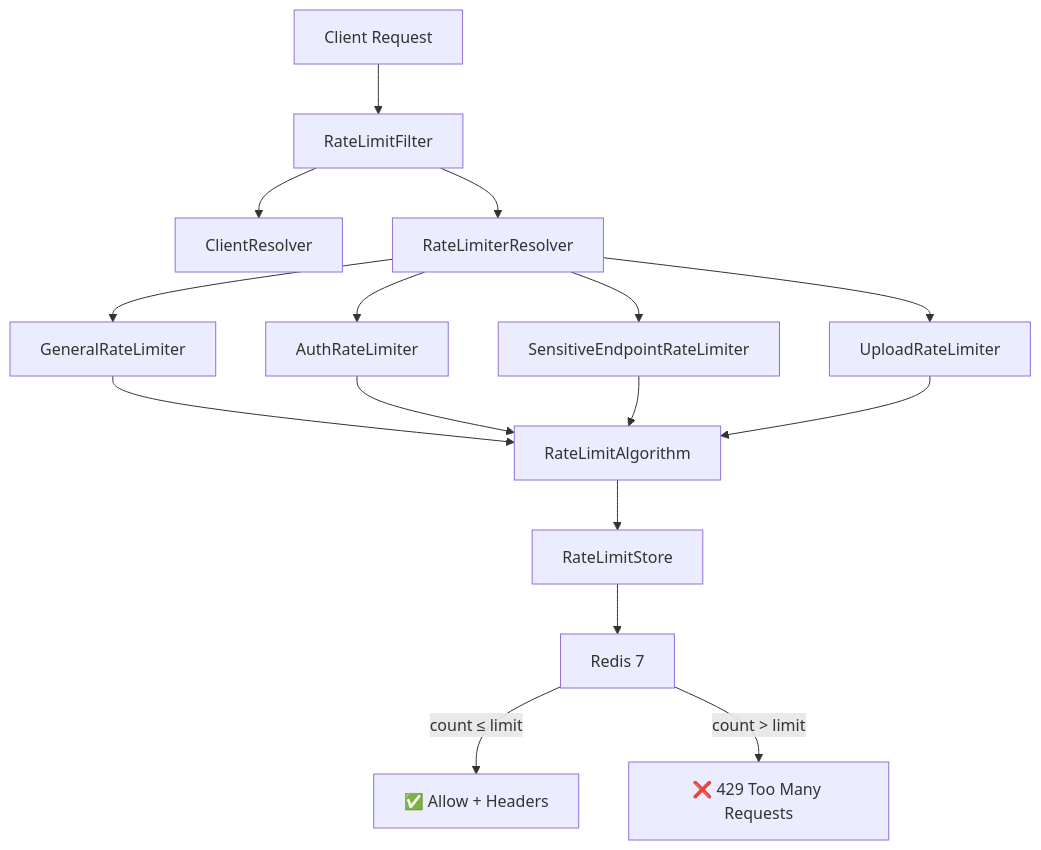
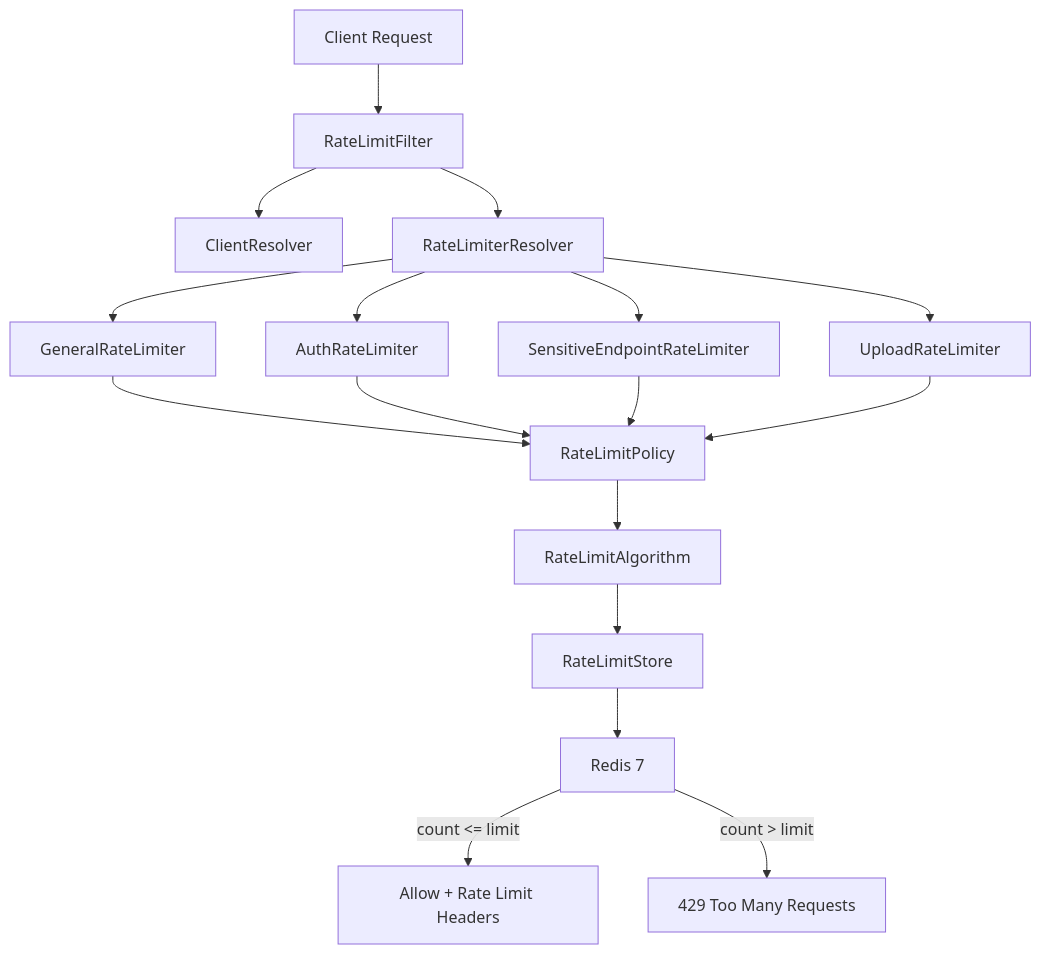
One commit to Atharvkote/spring-boot-rate-limiters changed the second of 2 diagrams in README.md. Above: the diagram before and after it, drawn with Mermaid. The commit also changed other lines of this file, not shown here.

````diff
--- a/README.md
+++ b/README.md
@@ -7,22 +130,25 @@
 ```mermaid
 flowchart TD
     Client["Client Request"] --> Filter["RateLimitFilter"]
+
     Filter --> CR["ClientResolver"]
     Filter --> RR["RateLimiterResolver"]
 
     RR --> General["GeneralRateLimiter"]
     RR --> Auth["AuthRateLimiter"]
     RR --> Sensitive["SensitiveEndpointRateLimiter"]
     RR --> Upload["UploadRateLimiter"]
 
-    General --> Algo["RateLimitAlgorithm"]
-    Auth --> Algo
-    Sensitive --> Algo
-    Upload --> Algo
+    General --> Policy["RateLimitPolicy"]
+    Auth --> Policy
+    Sensitive --> Policy
+    Upload --> Policy
+
+    Policy --> Algo["RateLimitAlgorithm"]
 
     Algo --> Store["RateLimitStore"]
     Store --> Redis["Redis 7"]
 
-    Redis -->|count ≤ limit| Allow["✅ Allow + Headers"]
-    Redis -->|count > limit| Reject["❌ 429 Too Many Requests"]
+    Redis -->|count <= limit| Allow["Allow + Rate Limit Headers"]
+    Redis -->|count > limit| Reject["429 Too Many Requests"]
 ```
````
